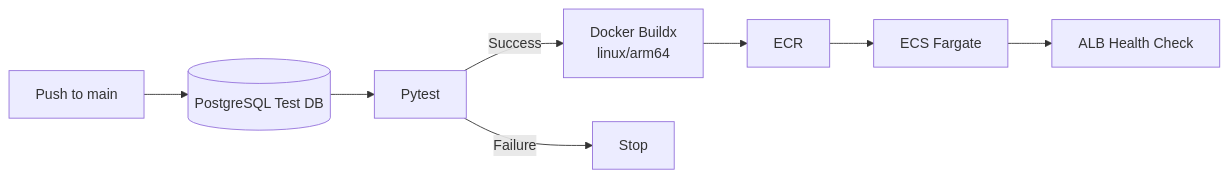
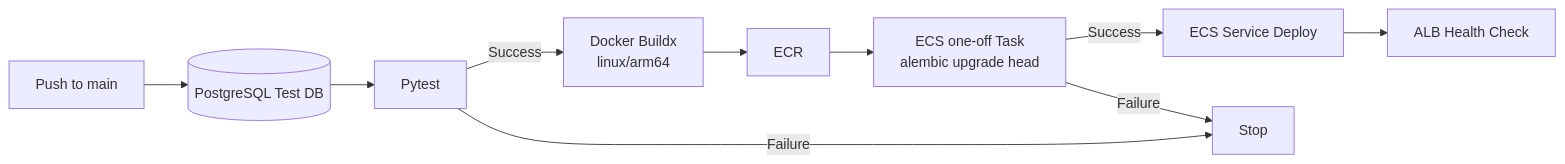
The second of 2 diagrams in README.md (Rintaro58511/rin_task-app_2nd), drawn with Mermaid before and after one commit. The commit also changed other lines of this file, not shown here.

````diff
--- a/README.md
+++ b/README.md
@@ -97,18 +97,21 @@
 ``` mermaid
 flowchart LR
     Push[Push to main]
     TestDB[(PostgreSQL Test DB)]
     Pytest[Pytest]
     Build[Docker Buildx<br/>linux/arm64]
     ECR[ECR]
-    ECS[ECS Fargate]
+    Migration["ECS one-off Task<br/>alembic upgrade head"]
+    ECS[ECS Service Deploy]
     Health[ALB Health Check]
 
     Push --> TestDB
     TestDB --> Pytest
     Pytest -->|Success| Build
     Pytest -->|Failure| Stop[Stop]
     Build --> ECR
-    ECR --> ECS
+    ECR --> Migration
+    Migration --> |Success| ECS
+    Migration --> |Failure| Stop[Stop]
     ECS --> Health
 ```
````
